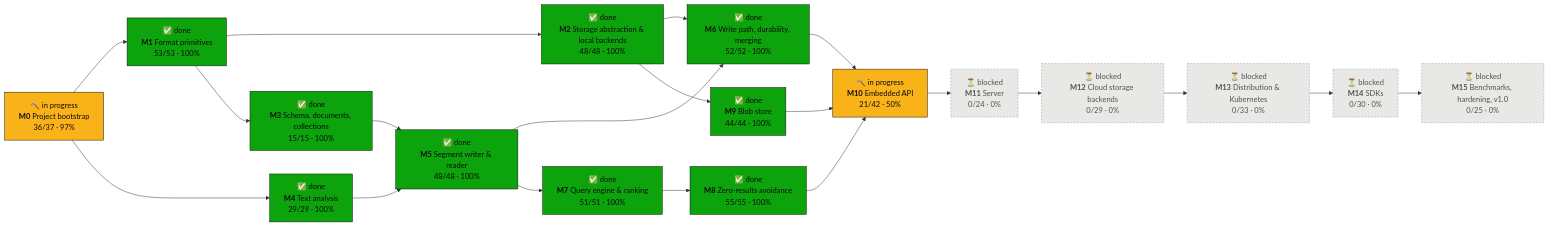
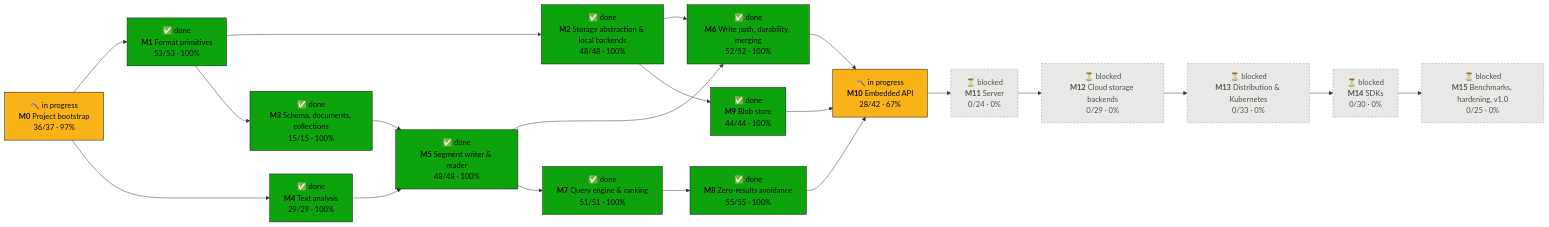
The first of 2 diagrams in PROGRESS.md (tomiok/persiaDB), drawn with Mermaid before and after one commit. The commit also changed other lines of this file and 3 other files, not shown here.

First line of the commit message:
docs(roadmap): tick wave 8 U leaves

````diff
--- a/PROGRESS.md
+++ b/PROGRESS.md
@@ -16,42 +16,42 @@
 ```mermaid
 flowchart LR
   M0["🔨 in progress<br/><b>M0</b> Project bootstrap<br/>36/37 · 97%"]:::doing
   M1["✅ done<br/><b>M1</b> Format primitives<br/>53/53 · 100%"]:::done
   M2["✅ done<br/><b>M2</b> Storage abstraction & local backends<br/>48/48 · 100%"]:::done
   M3["✅ done<br/><b>M3</b> Schema, documents, collections<br/>15/15 · 100%"]:::done
   M4["✅ done<br/><b>M4</b> Text analysis<br/>29/29 · 100%"]:::done
   M5["✅ done<br/><b>M5</b> Segment writer & reader<br/>48/48 · 100%"]:::done
   M6["✅ done<br/><b>M6</b> Write path, durability, merging<br/>52/52 · 100%"]:::done
   M7["✅ done<br/><b>M7</b> Query engine & ranking<br/>51/51 · 100%"]:::done
   M8["✅ done<br/><b>M8</b> Zero-results avoidance<br/>55/55 · 100%"]:::done
   M9["✅ done<br/><b>M9</b> Blob store<br/>44/44 · 100%"]:::done
-  M10["🔨 in progress<br/><b>M10</b> Embedded API<br/>21/42 · 50%"]:::doing
+  M10["🔨 in progress<br/><b>M10</b> Embedded API<br/>28/42 · 67%"]:::doing
   M11["⏳ blocked<br/><b>M11</b> Server<br/>0/24 · 0%"]:::blocked
   M12["⏳ blocked<br/><b>M12</b> Cloud storage backends<br/>0/29 · 0%"]:::blocked
   M13["⏳ blocked<br/><b>M13</b> Distribution & Kubernetes<br/>0/33 · 0%"]:::blocked
   M14["⏳ blocked<br/><b>M14</b> SDKs<br/>0/30 · 0%"]:::blocked
   M15["⏳ blocked<br/><b>M15</b> Benchmarks, hardening, v1.0<br/>0/25 · 0%"]:::blocked
   M0 --> M1
   M1 --> M2
   M1 --> M3
   M0 --> M4
   M3 --> M5
   M4 --> M5
   M2 --> M6
   M5 --> M6
   M5 --> M7
   M7 --> M8
   M2 --> M9
   M6 --> M10
   M8 --> M10
   M9 --> M10
   M10 --> M11
   M11 --> M12
   M12 --> M13
   M13 --> M14
   M14 --> M15
   classDef done fill:#0ca30c,stroke:#0b0b0b,color:#0b0b0b
   classDef doing fill:#fab219,stroke:#0b0b0b,color:#0b0b0b
   classDef ready fill:#fcfcfb,stroke:#0b0b0b,stroke-width:2px,color:#0b0b0b
   classDef blocked fill:#e8e8e6,stroke:#9a9a96,stroke-dasharray:4 3,color:#52514e
 ```
````
